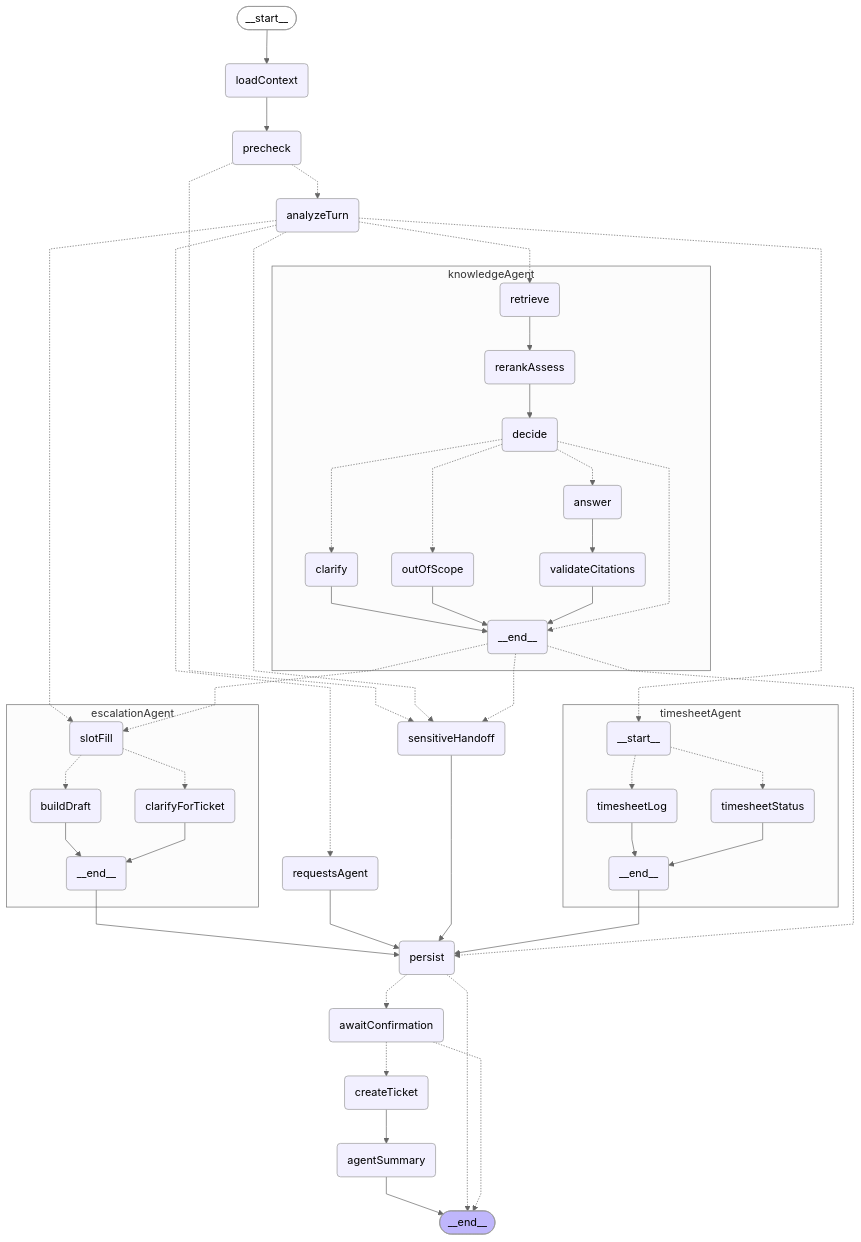
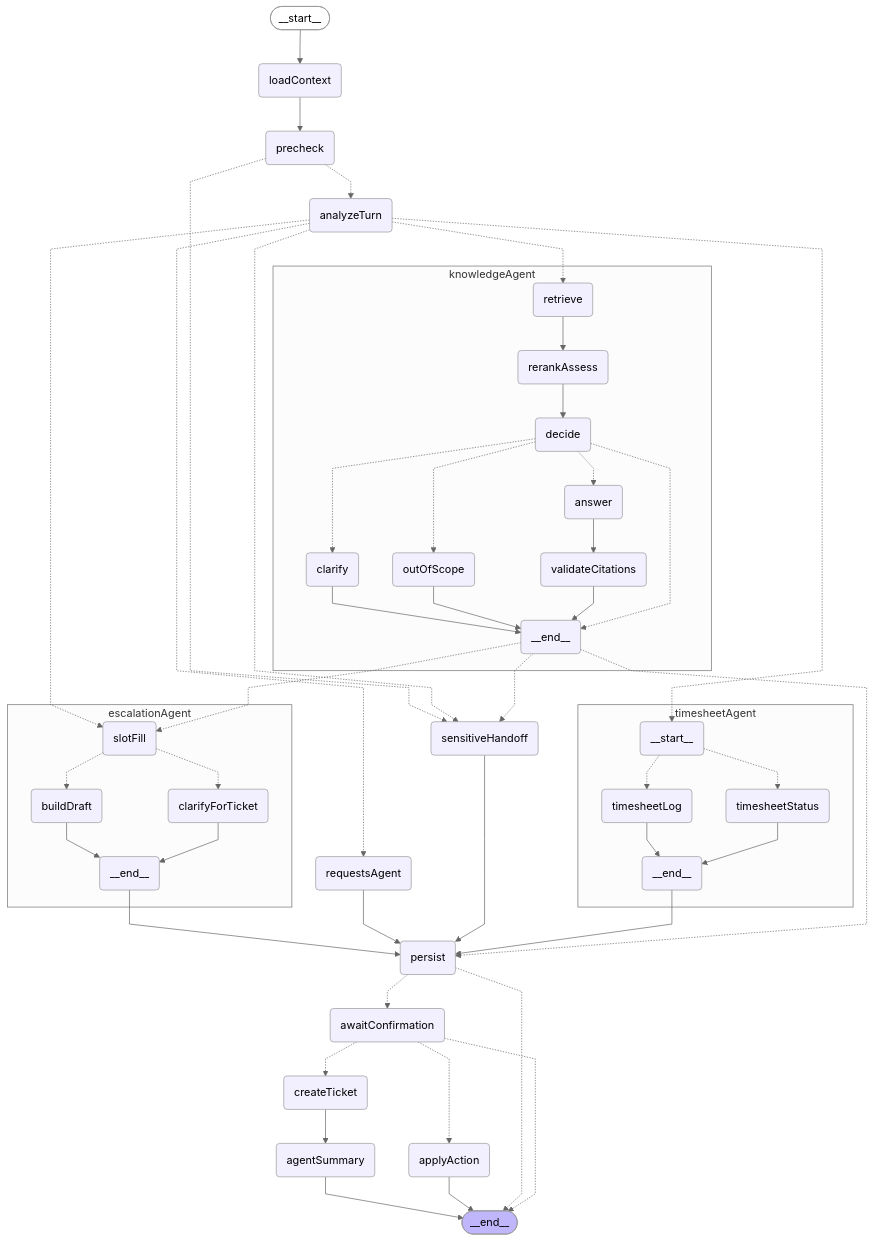
The diagram in docs/ARCHITECTURE.md (Dewanshu93/AI-Support-System), drawn with Mermaid (neutral theme) before and after one commit. The commit also changed other lines of this file and 38 other files, not shown here.

```diff
--- a/docs/ARCHITECTURE.md
+++ b/docs/ARCHITECTURE.md
@@ -350,10 +361,12 @@
 	persist(persist)
 	awaitConfirmation(awaitConfirmation)
 	createTicket(createTicket)
+	applyAction(applyAction)
 	agentSummary(agentSummary)
 	__end__([<p>__end__</p>]):::last
 	__start__ --> loadContext;
 	agentSummary --> __end__;
+	applyAction --> __end__;
 	createTicket --> agentSummary;
 	escalationAgent___end__ --> persist;
 	loadContext --> precheck;
@@ -372,6 +385,7 @@
 	knowledgeAgent___end__ -.-> persist;
 	persist -.-> awaitConfirmation;
 	persist -.-> __end__;
+	awaitConfirmation -.-> applyAction;
 	awaitConfirmation -.-> createTicket;
 	awaitConfirmation -.-> __end__;
 	subgraph knowledgeAgent
```
